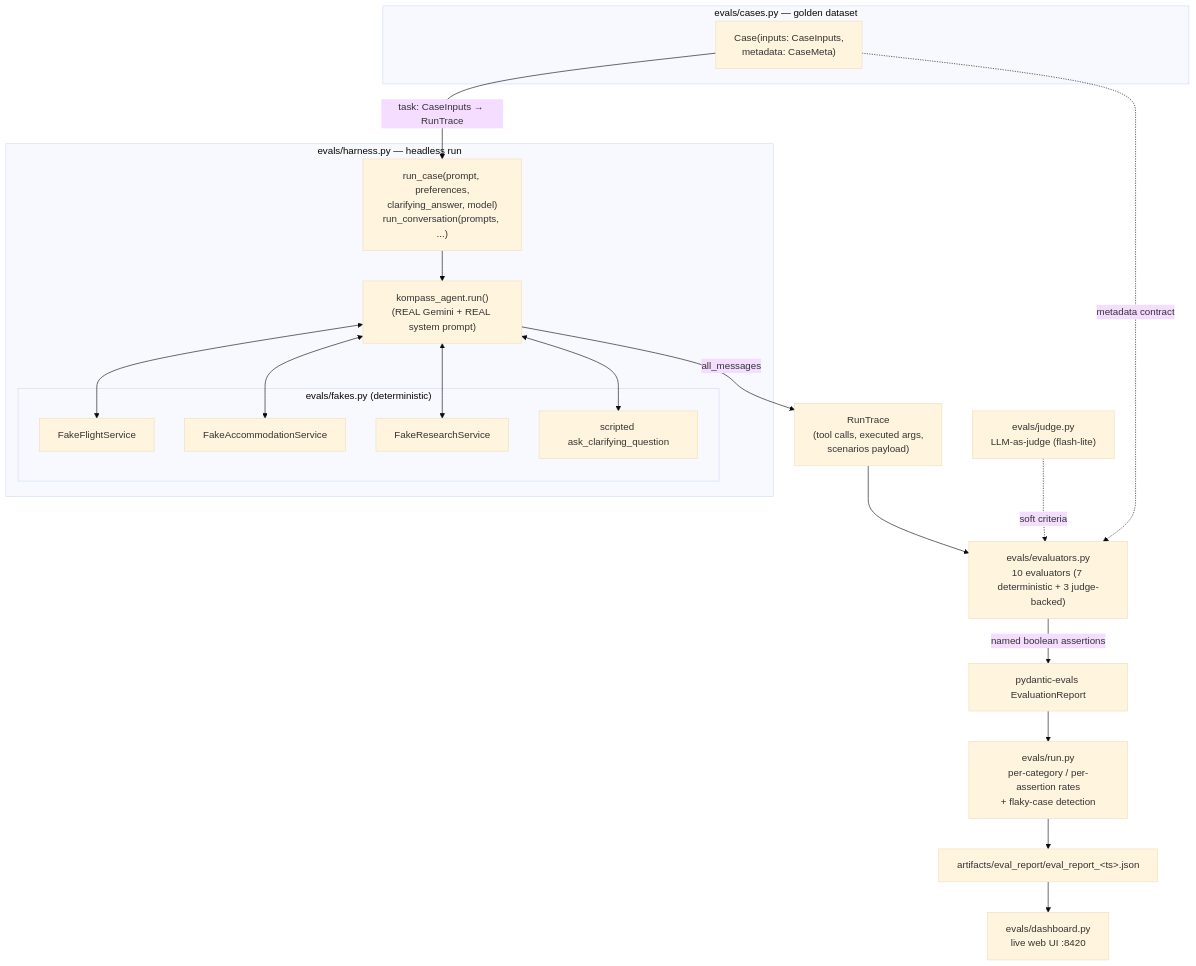
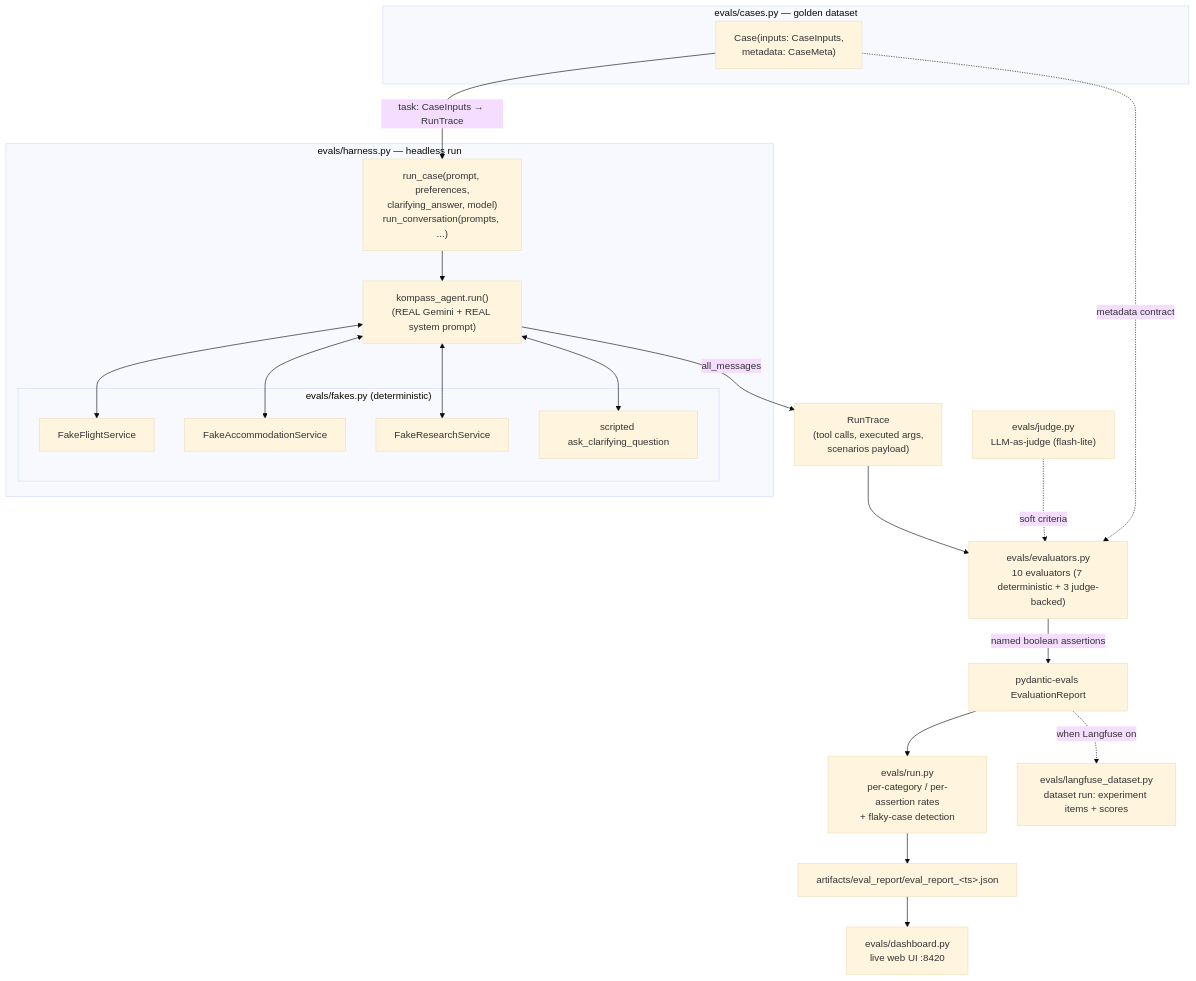
The diagram in docs/evals.md (M-Ali-ML/kompass), drawn with Mermaid (base theme) before and after one commit. The commit also changed other lines of this file and 9 other files, not shown here.

First line of the commit message:
feat: enhance telemetry and Langfuse dataset integration

````diff
--- a/docs/evals.md
+++ b/docs/evals.md
@@ -44,30 +44,31 @@
 ```mermaid
 flowchart TD
     subgraph Dataset["evals/cases.py — golden dataset"]
         C["Case(inputs: CaseInputs,<br/>metadata: CaseMeta)"]
     end
 
     subgraph Harness["evals/harness.py — headless run"]
         RC["run_case(prompt, preferences,<br/>clarifying_answer, model)<br/>run_conversation(prompts, ...)"]
         AG["kompass_agent.run()<br/>(REAL Gemini + REAL system prompt)"]
         subgraph Fakes["evals/fakes.py (deterministic)"]
             FF["FakeFlightService"]
             FA["FakeAccommodationService"]
             FR["FakeResearchService"]
             HITL["scripted ask_clarifying_question"]
         end
     end
 
     C -->|task: CaseInputs → RunTrace| RC
     RC --> AG
     AG <--> FF & FA & FR & HITL
     AG -->|all_messages| RT["RunTrace<br/>(tool calls, executed args,<br/>scenarios payload)"]
 
     RT --> EV["evals/evaluators.py<br/>10 evaluators (7 deterministic + 3 judge-backed)"]
     JG["evals/judge.py<br/>LLM-as-judge (flash-lite)"] -.soft criteria.-> EV
     C -.metadata contract.-> EV
     EV -->|named boolean assertions| REP["pydantic-evals EvaluationReport"]
     REP --> RUN["evals/run.py<br/>per-category / per-assertion rates<br/>+ flaky-case detection"]
     RUN --> JSON["artifacts/eval_report/eval_report_&lt;ts&gt;.json"]
     JSON --> DASH["evals/dashboard.py<br/>live web UI :8420"]
+    REP -.when Langfuse on.-> LF["evals/langfuse_dataset.py<br/>dataset run: experiment items + scores"]
 ```
````
